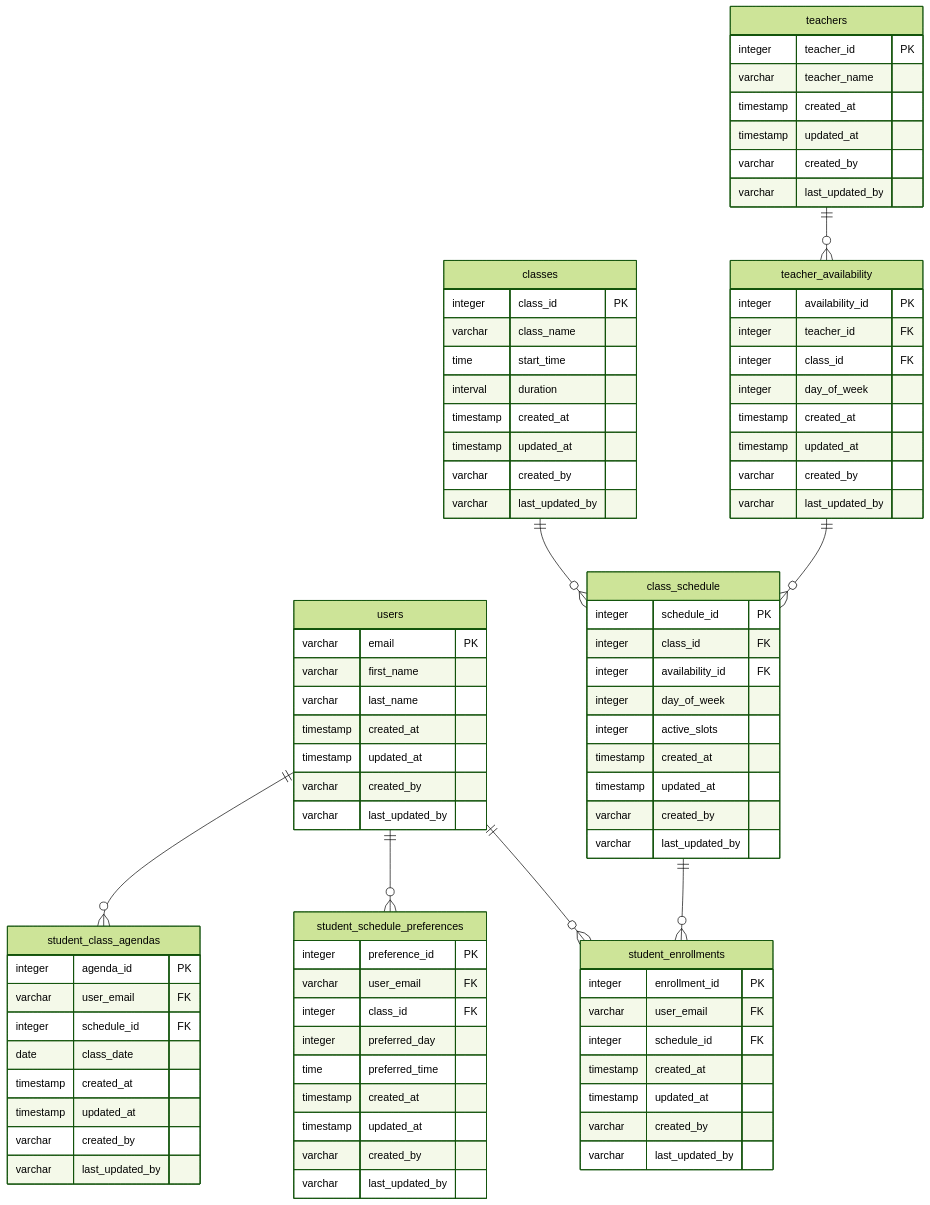
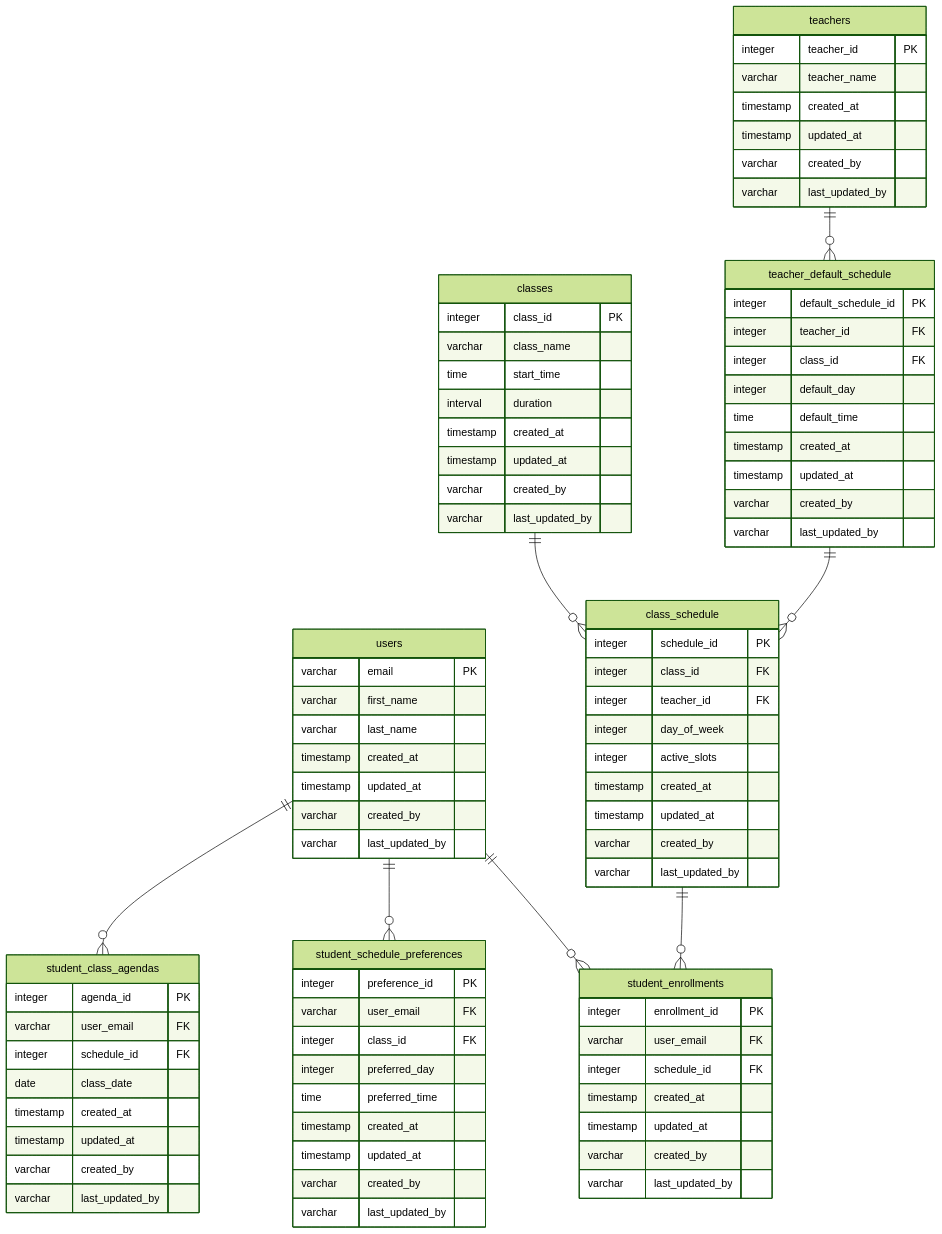
The diagram in data_model.md (dhdtech/padraoandretorres), drawn with Mermaid (forest theme) before and after one commit.

```diff
--- a/data_model.md
+++ b/data_model.md
@@ -4,8 +4,8 @@
     users ||--o{ student_schedule_preferences : ""
     users ||--o{ student_class_agendas : ""
     classes ||--o{ class_schedule : ""
-    teachers ||--o{ teacher_availability : ""
-    teacher_availability ||--o{ class_schedule : ""
+    teachers ||--o{ teacher_default_schedule : ""
+    teacher_default_schedule ||--o{ class_schedule : ""
     class_schedule ||--o{ student_enrollments : ""
 
     users {
@@ -38,11 +38,12 @@
         varchar last_updated_by
     }
 
-    teacher_availability {
-        integer availability_id PK
+    teacher_default_schedule {
+        integer default_schedule_id PK
         integer teacher_id FK
         integer class_id FK
-        integer day_of_week
+        integer default_day
+        time default_time
         timestamp created_at
         timestamp updated_at
         varchar created_by
@@ -52,7 +53,7 @@
     class_schedule {
         integer schedule_id PK
         integer class_id FK
-        integer availability_id FK
+        integer teacher_id FK
         integer day_of_week
         integer active_slots
         timestamp created_at
```
